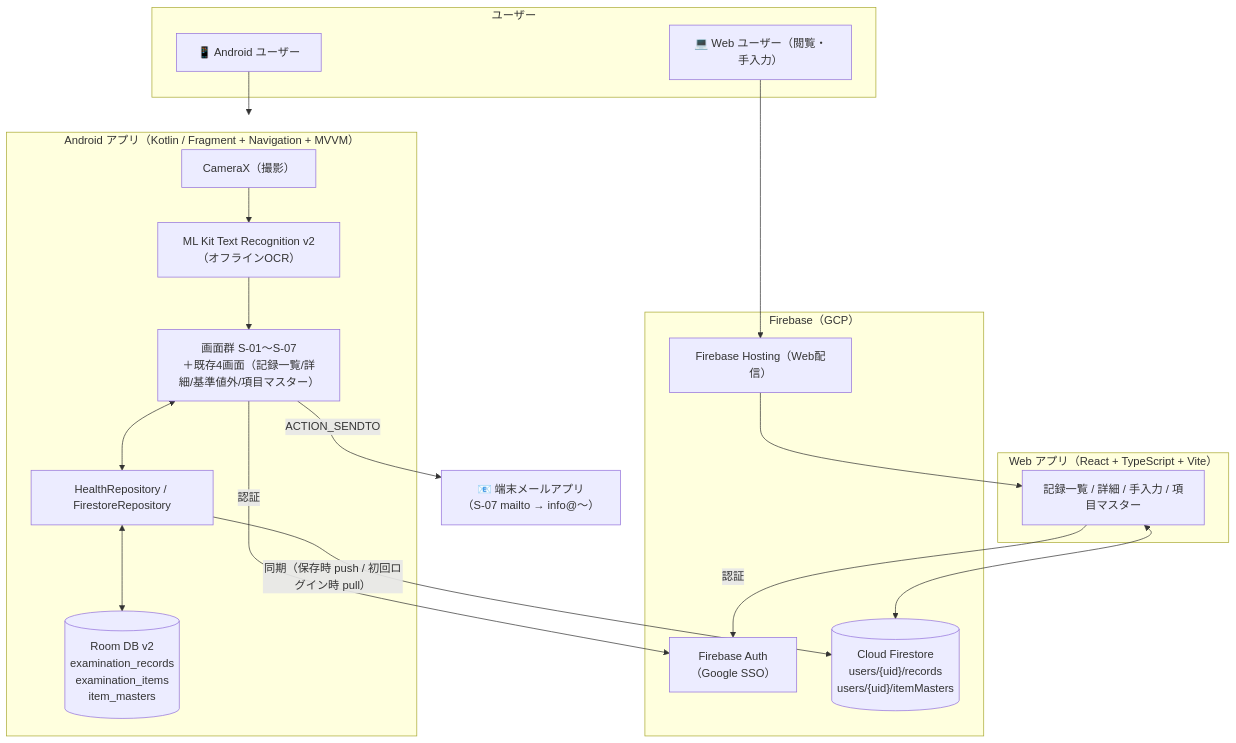
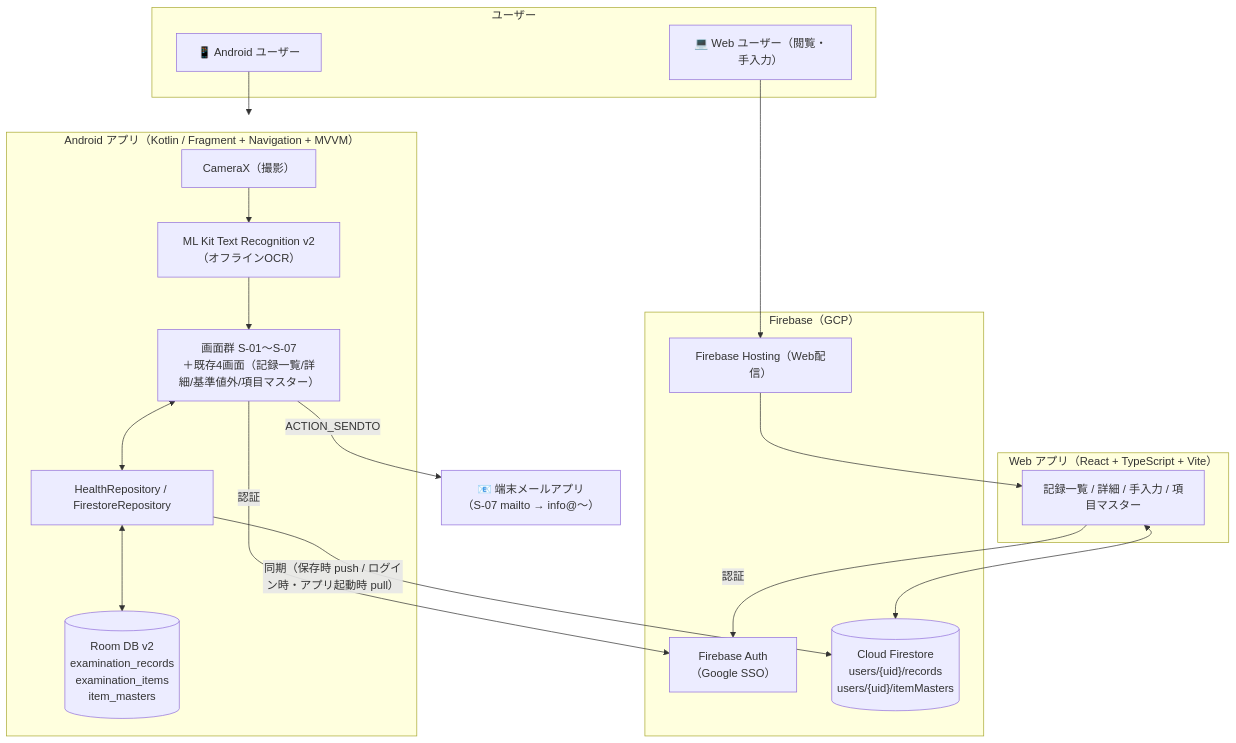
Before and after one commit to rokusoudo-product/health-checkup-manager: the diagram in docs/architecture.md, drawn with Mermaid. The commit also changed other lines of this file and 3 other files, not shown here.

````diff
--- a/docs/architecture.md
+++ b/docs/architecture.md
@@ -49,37 +59,37 @@
 ```mermaid
 flowchart TB
     subgraph User["ユーザー"]
         U1["📱 Android ユーザー"]
         U2["💻 Web ユーザー（閲覧・手入力）"]
     end
 
     subgraph AndroidApp["Android アプリ（Kotlin / Fragment + Navigation + MVVM）"]
         CAM["CameraX（撮影）"]
         OCR["ML Kit Text Recognition v2（オフラインOCR）"]
         UI["画面群 S-01〜S-07\n＋既存4画面（記録一覧/詳細/基準値外/項目マスター）"]
         ROOM[("Room DB v2\nexamination_records\nexamination_items\nitem_masters")]
         REPO["HealthRepository / FirestoreRepository"]
         CAM --> OCR --> UI
         UI <--> REPO <--> ROOM
     end
 
     subgraph Web["Web アプリ（React + TypeScript + Vite）"]
         WUI["記録一覧 / 詳細 / 手入力 / 項目マスター"]
     end
 
     subgraph Firebase["Firebase（GCP）"]
         AUTH["Firebase Auth\n（Google SSO）"]
         FS[("Cloud Firestore\nusers/{uid}/records\nusers/{uid}/itemMasters")]
         HOST["Firebase Hosting（Web配信）"]
     end
 
     MAIL["📧 端末メールアプリ\n（S-07 mailto → info@〜）"]
 
     U1 --> AndroidApp
     U2 --> HOST --> WUI
     UI -->|認証| AUTH
     WUI -->|認証| AUTH
-    REPO -->|同期（保存時 push / 初回ログイン時 pull）| FS
+    REPO -->|同期（保存時 push / ログイン時・アプリ起動時 pull）| FS
     WUI <--> FS
     UI -->|ACTION_SENDTO| MAIL
 ```
````
